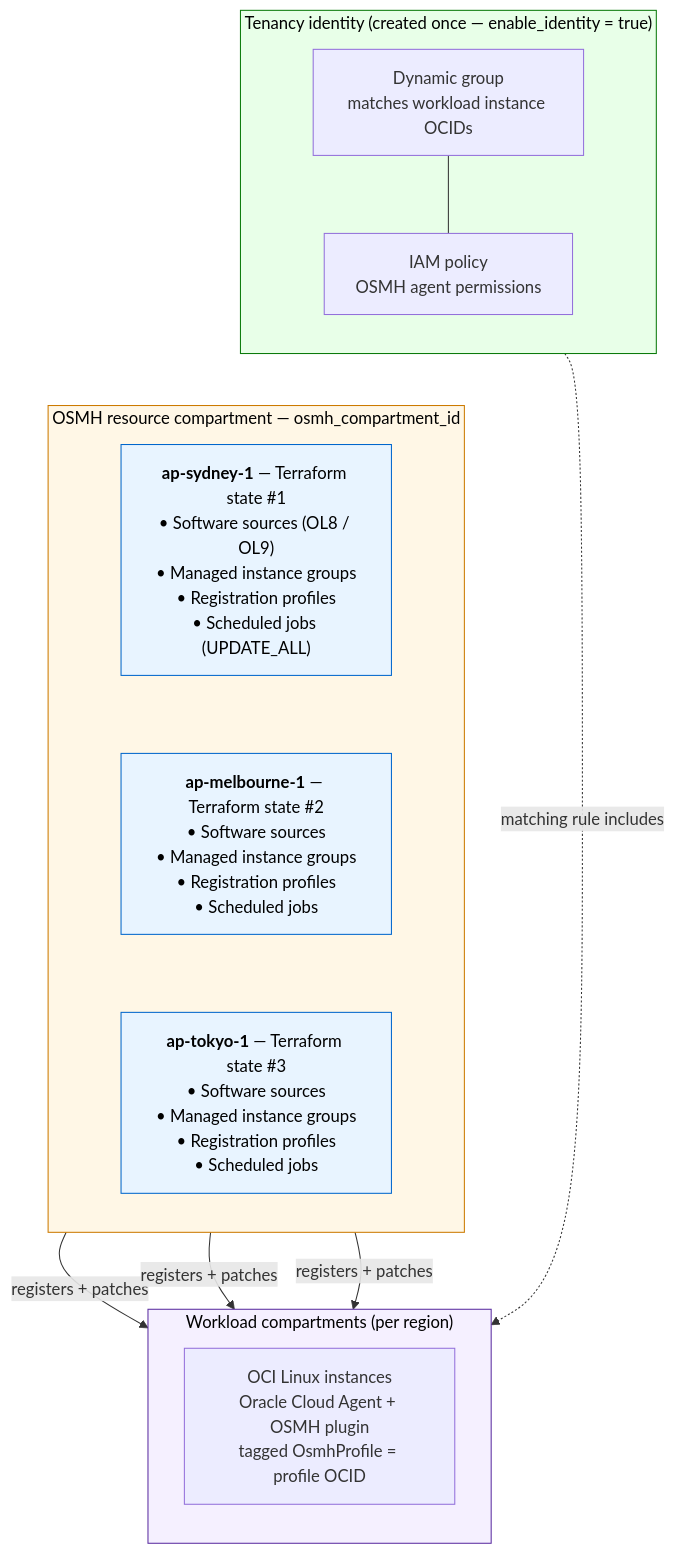
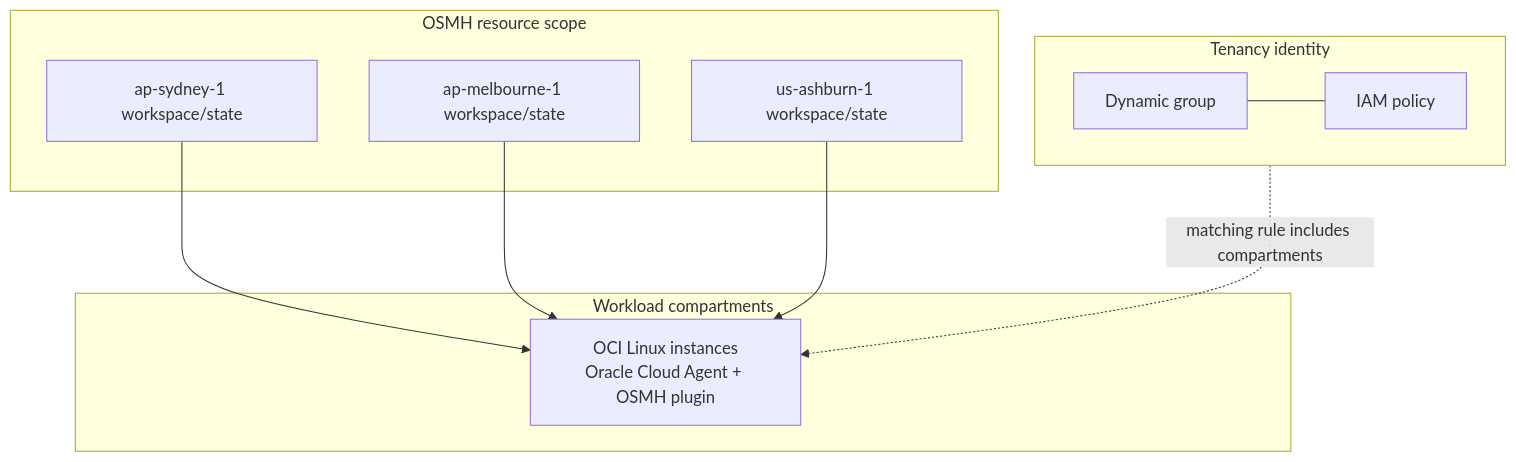
One commit to aszynkow/oci_os_hub changed the diagram in README.md. Above: the diagram before and after it, drawn with Mermaid. The commit also changed other lines of this file and 1 other file, not shown here.

````diff
--- a/README.md
+++ b/README.md
@@ -30,40 +111,23 @@
 ```mermaid
 flowchart TB
-    subgraph IAM["Tenancy identity (created once — enable_identity = true)"]
-        direction TB
-        DG["Dynamic group<br/>matches workload instance OCIDs"]
-        POL["IAM policy<br/>OSMH agent permissions"]
+    subgraph IAM["Tenancy identity"]
+        DG["Dynamic group"]
+        POL["IAM policy"]
         DG --- POL
     end
 
-    subgraph OSMH["OSMH resource compartment — osmh_compartment_id"]
-        direction TB
-        SYD["<b>ap-sydney-1</b> — Terraform state #1<br/>• Software sources (OL8 / OL9)<br/>• Managed instance groups<br/>• Registration profiles<br/>• Scheduled jobs (UPDATE_ALL)"]
-        MEL["<b>ap-melbourne-1</b> — Terraform state #2<br/>• Software sources<br/>• Managed instance groups<br/>• Registration profiles<br/>• Scheduled jobs"]
-        TOK["<b>ap-tokyo-1</b> — Terraform state #3<br/>• Software sources<br/>• Managed instance groups<br/>• Registration profiles<br/>• Scheduled jobs"]
-        SYD ~~~ MEL
-        MEL ~~~ TOK
+    subgraph OSMH["OSMH resource scope"]
+        SYD["ap-sydney-1 workspace/state"]
+        MEL["ap-melbourne-1 workspace/state"]
+        IAD["us-ashburn-1 workspace/state"]
     end
 
-    subgraph WL["Workload compartments (per region)"]
-        direction TB
-        INST["OCI Linux instances<br/>Oracle Cloud Agent + OSMH plugin<br/>tagged OsmhProfile = profile OCID"]
+    subgraph WL["Workload compartments"]
+        VM["OCI Linux instances<br/>Oracle Cloud Agent + OSMH plugin"]
     end
 
-    IAM  ~~~ OSMH
-    OSMH ~~~ WL
-
-    DG  -. "matching rule includes" .-> INST
-    SYD -- "registers + patches"     --> INST
-    MEL -- "registers + patches"     --> INST
-    TOK -- "registers + patches"     --> INST
-
-    classDef compartment fill:#fff7e6,stroke:#cc7a00,color:#000;
-    classDef region     fill:#e8f4ff,stroke:#0066cc,color:#000;
-    classDef identity   fill:#e8ffe8,stroke:#0a7a0a,color:#000;
-    classDef workload   fill:#f5f0ff,stroke:#5a2ca0,color:#000;
-    class OSMH compartment;
-    class SYD,MEL,TOK region;
-    class IAM identity;
-    class WL workload;
+    IAM -. "matching rule includes compartments" .-> VM
+    SYD --> VM
+    MEL --> VM
+    IAD --> VM
 ```
````
